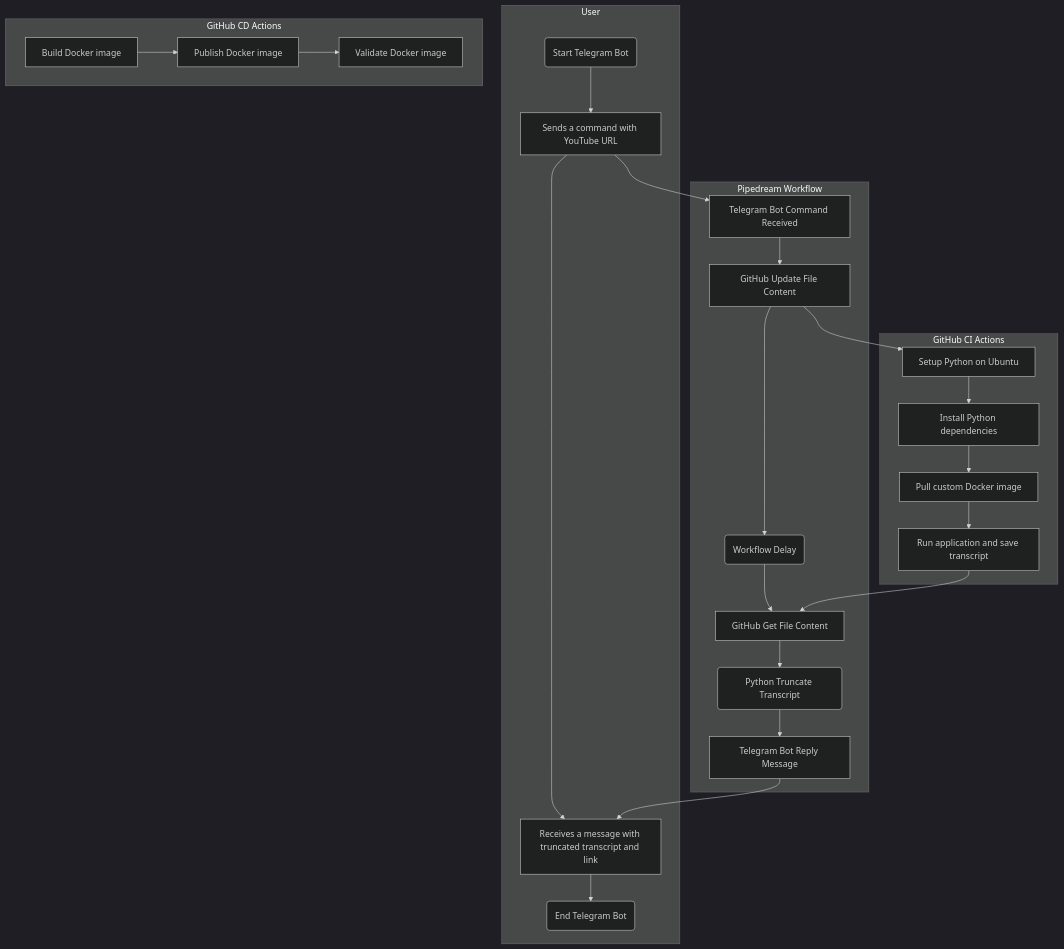
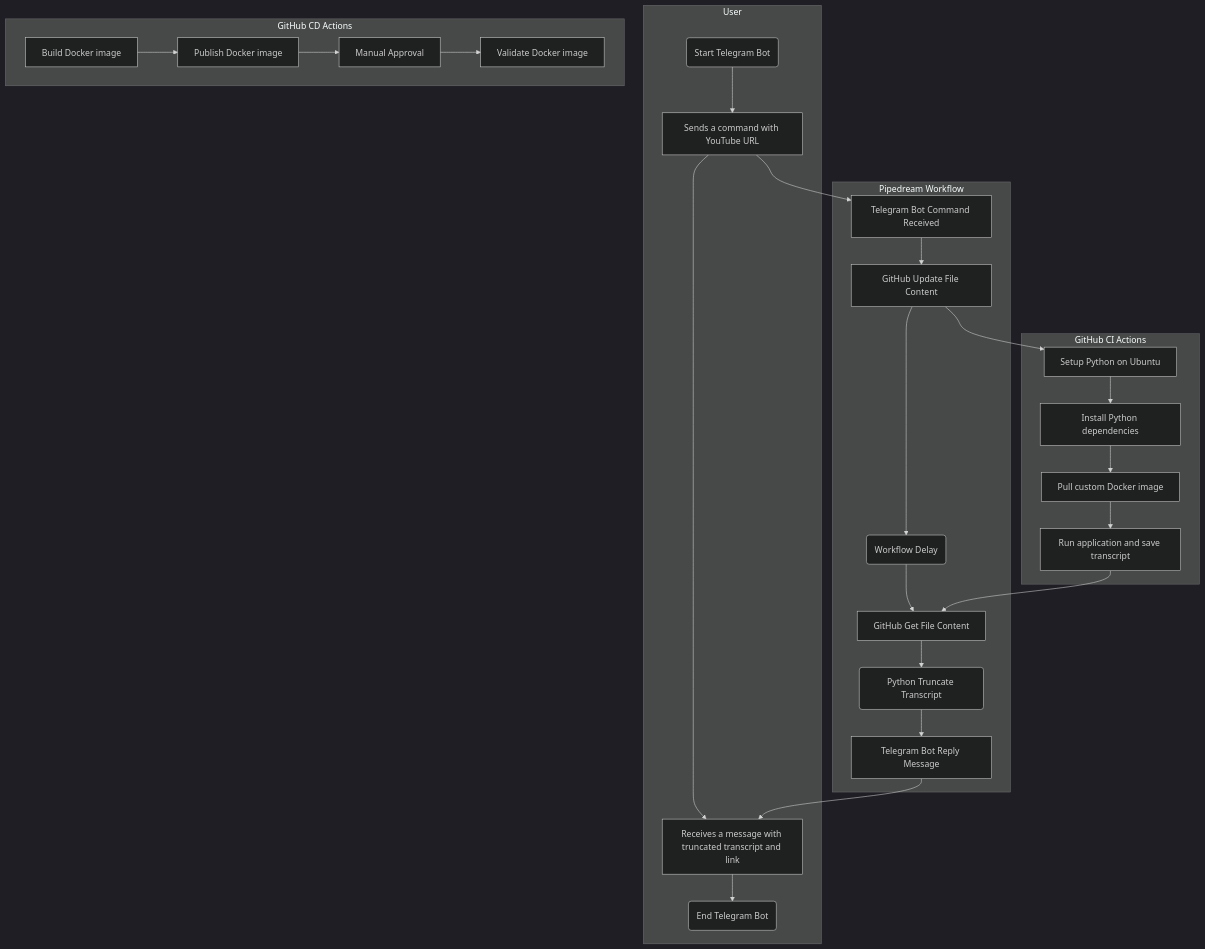
The diagram in README.md (dennislwm/playscribe), drawn with Mermaid before and after one commit. The commit also changed other lines of this file and 1 other file, not shown here.

Commit message:
(feat) Add schedule pipeline for dockerhub.yml

````diff
--- a/README.md
+++ b/README.md
@@ -81,27 +81,27 @@
 ```mermaid
 %%{ init: { 'theme': 'dark' } }%%
 flowchart TD
   user01["Sends a command with YouTube URL"]
   user02["Receives a message with truncated transcript and link"]
   subgraph User
     start("Start Telegram Bot")-->user01-->user02-->finish("End Telegram Bot")
   end
 
   flow_step01["Telegram Bot Command Received"]
   flow_step02["GitHub Update File Content"]
   flow_step04["GitHub Get File Content"]
   flow_step06["Telegram Bot Reply Message"]
   subgraph Pipedream Workflow
     user01-->flow_step01
     flow_step01-->flow_step02-->step03("Workflow Delay")-->flow_step04-->step05("Python Truncate Transcript")-->flow_step06
     flow_step06-->user02
   end
 
   subgraph GitHub CI Actions
     flow_step02-->job01["Setup Python on Ubuntu"]-->job02["Install Python dependencies"]-->job03["Pull custom Docker image"]-->job04["Run application and save transcript"]-->flow_step04
   end
 
   subgraph GitHub CD Actions
-    cd01["Build Docker image"]-->cd02["Publish Docker image"]-->cd03["Validate Docker image"]
+    cd01["Build Docker image"]-->cd02["Publish Docker image"]-->cd03["Manual Approval"]-->cd04["Validate Docker image"]
   end
 ```
````
